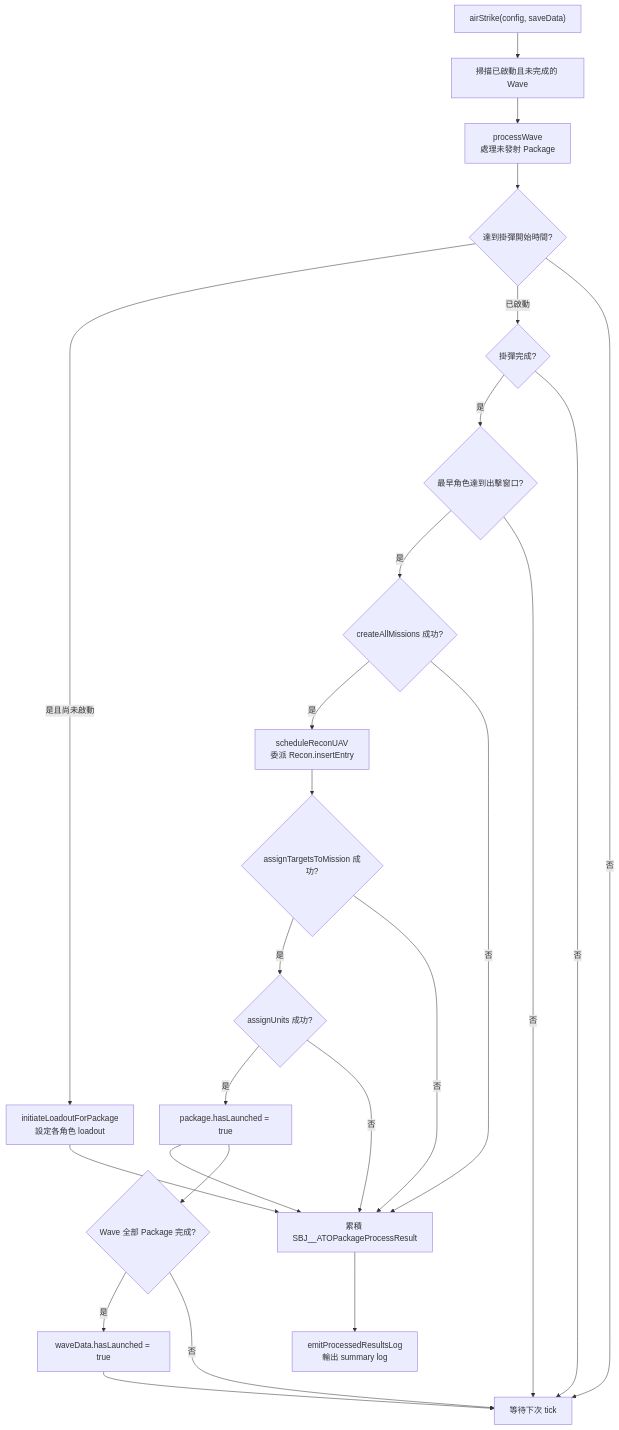
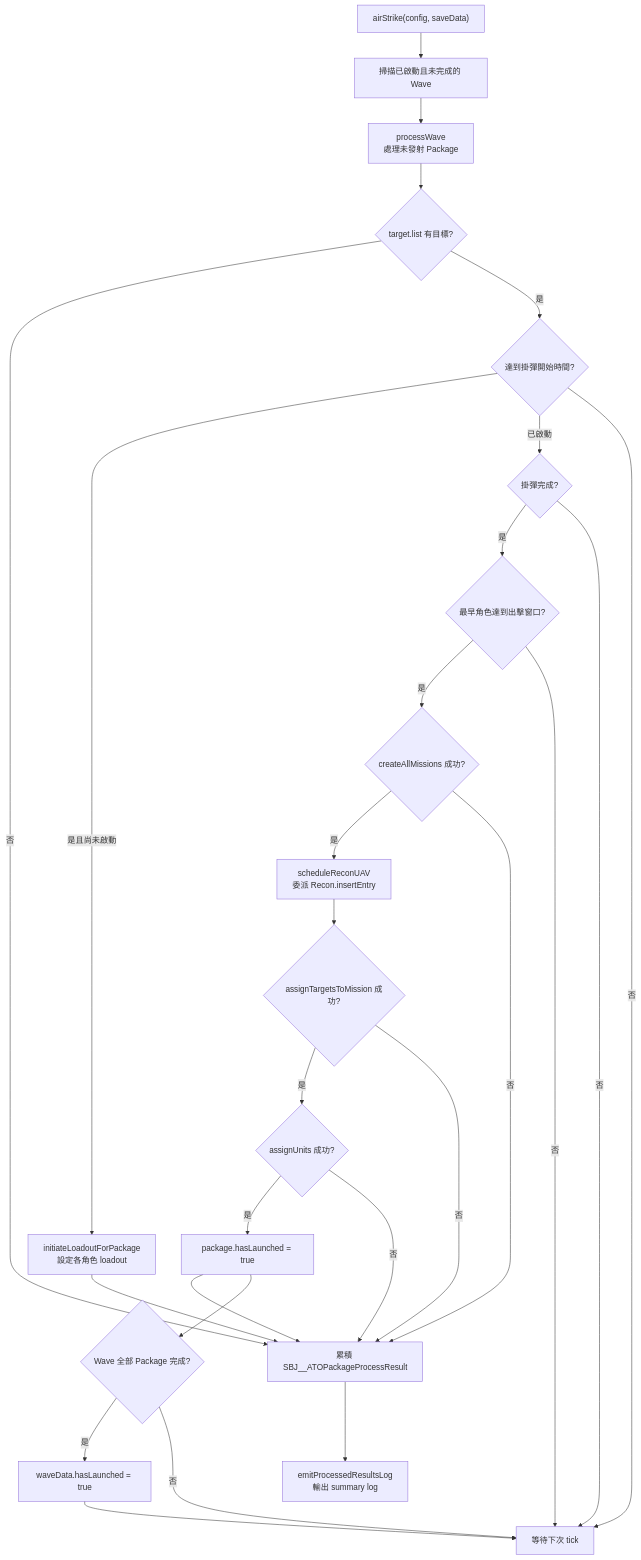
The first of 2 diagrams in docs/strikePlanner/airTaskingOrder.md (pullupjumper/formosa-in-flames), drawn with Mermaid before and after one commit. The commit also changed other lines of this file and 3 other files, not shown here.

````diff
--- a/docs/strikePlanner/airTaskingOrder.md
+++ b/docs/strikePlanner/airTaskingOrder.md
@@ -46,40 +46,43 @@
 ```mermaid
 flowchart TD
     START["airStrike(config, saveData)"]
     WAVE["掃描已啟動且未完成的 Wave"]
     PKG["processWave<br>處理未發射 Package"]
+    TARGET_EXISTS{"target.list 有目標?"}
     LOADOUT_TIME{"達到掛彈開始時間?"}
     INIT_LOADOUT["initiateLoadoutForPackage<br>設定各角色 loadout"]
     LOADOUT_READY{"掛彈完成?"}
     TAKEOFF_TIME{"最早角色達到出擊窗口?"}
     MISSIONS{"createAllMissions 成功?"}
     RECON["scheduleReconUAV<br>委派 Recon.insertEntry"]
     TARGETS{"assignTargetsToMission 成功?"}
     UNITS{"assignUnits 成功?"}
     LAUNCHED["package.hasLaunched = true"]
     DONE{"Wave 全部 Package 完成?"}
     WAVE_DONE["waveData.hasLaunched = true"]
     RESULT["累積 SBJ__ATOPackageProcessResult"]
     LOG["emitProcessedResultsLog<br>輸出 summary log"]
     WAIT["等待下次 tick"]
 
-    START --> WAVE --> PKG --> LOADOUT_TIME
+    START --> WAVE --> PKG --> TARGET_EXISTS
+    TARGET_EXISTS -->|否| RESULT
+    TARGET_EXISTS -->|是| LOADOUT_TIME
     LOADOUT_TIME -->|是且尚未啟動| INIT_LOADOUT --> RESULT
     LOADOUT_TIME -->|已啟動| LOADOUT_READY
     LOADOUT_READY -->|是| TAKEOFF_TIME
     TAKEOFF_TIME -->|是| MISSIONS
     MISSIONS -->|是| RECON --> TARGETS
     TARGETS -->|是| UNITS
     UNITS -->|是| LAUNCHED --> RESULT
     LAUNCHED --> DONE
     DONE -->|是| WAVE_DONE
     LOADOUT_TIME -->|否| WAIT
     LOADOUT_READY -->|否| WAIT
     TAKEOFF_TIME -->|否| WAIT
     MISSIONS -->|否| RESULT
     TARGETS -->|否| RESULT
     UNITS -->|否| RESULT
     DONE -->|否| WAIT
     RESULT --> LOG
     WAVE_DONE --> WAIT
 ```
````
